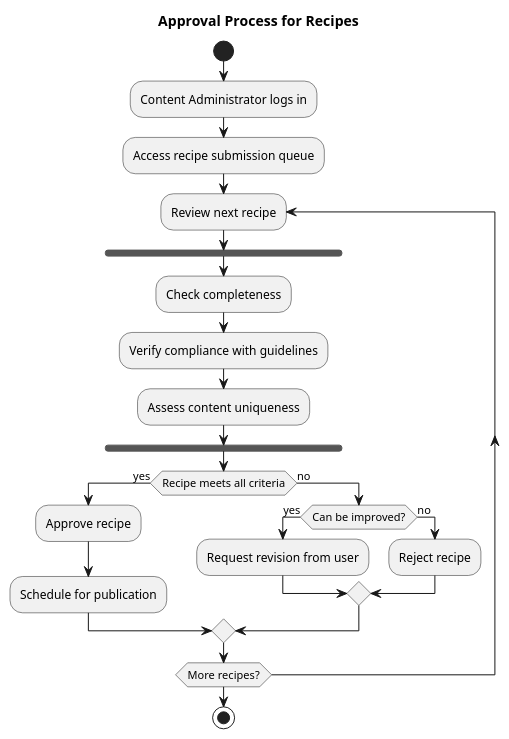
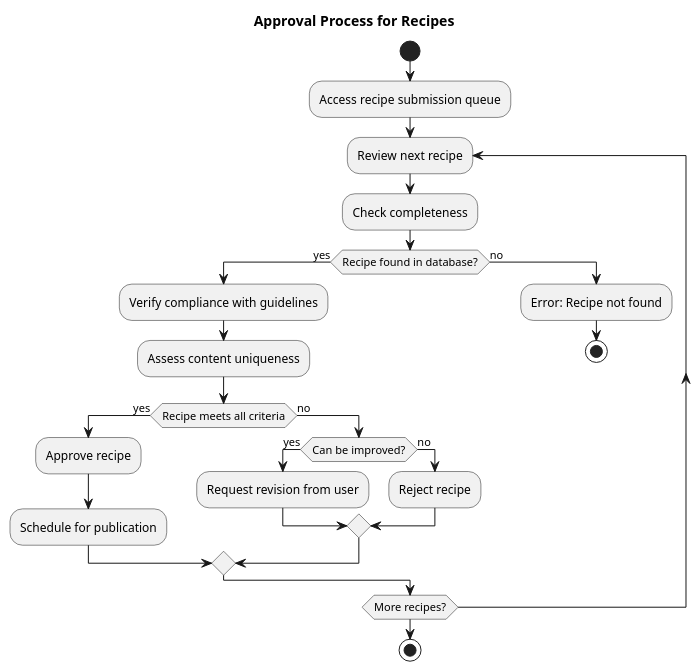
One commit to carmensat/RECIPE-ROULETTE changed the diagram in DIAGRAMS/CFR11_ACTIVITY_approve_recipe.puml. Above: the diagram before and after it, drawn with PlantUML.

```diff
--- a/DIAGRAMS/CFR11_ACTIVITY_approve_recipe.puml
+++ b/DIAGRAMS/CFR11_ACTIVITY_approve_recipe.puml
@@ -1,26 +1,30 @@
 @startuml
 title Approval Process for Recipes
 
 start
-:Content Administrator logs in;
-
 :Access recipe submission queue;
 repeat :Review next recipe;
-  fork
-	:Check completeness;
-	:Verify compliance with guidelines;
-	:Assess content uniqueness;
-  end fork
+
+:Check completeness;
+if (Recipe found in database?) then (yes)
+  :Verify compliance with guidelines;
+  :Assess content uniqueness;
+
   if (Recipe meets all criteria) then (yes)
-	:Approve recipe;
-	:Schedule for publication;
+    :Approve recipe;
+    :Schedule for publication;
   else (no)
-	if (Can be improved?) then (yes)
-  	:Request revision from user;
-	else (no)
-  	:Reject recipe;
-	endif
+    if (Can be improved?) then (yes)
+      :Request revision from user;
+    else (no)
+      :Reject recipe;
+    endif
   endif
+else (no)
+  :Error: Recipe not found;
+  stop
+endif
+
 repeat while (More recipes?)
 stop
 @enduml
```
